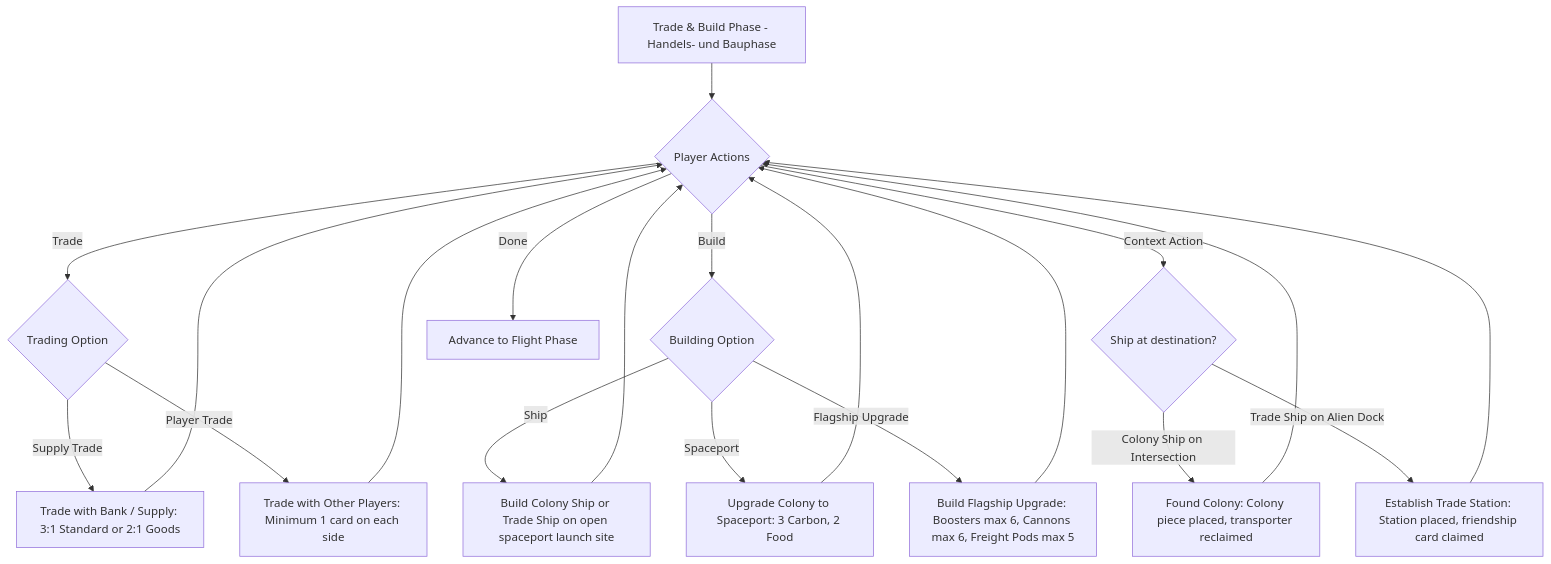
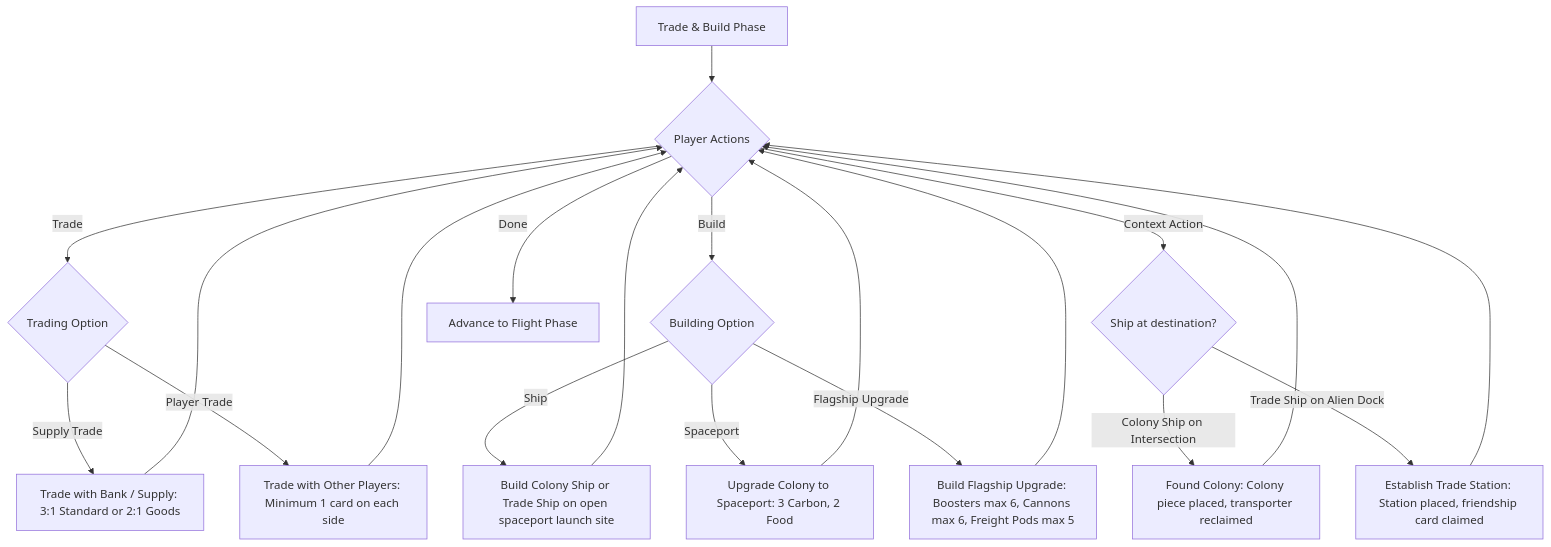
The fourth of 7 diagrams in README.md (Zork80/DeepSpacePioneers), drawn with Mermaid before and after one commit. The commit also changed other lines of this file, not shown here.

````diff
--- a/README.md
+++ b/README.md
@@ -317,26 +317,26 @@
 ```mermaid
 flowchart TD
-    TBStart["Trade & Build Phase - Handels- und Bauphase"] --> Actions{"Player Actions"}
+    TBStart["Trade & Build Phase"] --> Actions{"Player Actions"}
     
     Actions -->|Trade| TradeChoice{"Trading Option"}
     TradeChoice -->|Supply Trade| BankTrade["Trade with Bank / Supply: 3:1 Standard or 2:1 Goods"]
     TradeChoice -->|Player Trade| P2PTrade["Trade with Other Players: Minimum 1 card on each side"]
     BankTrade --> Actions
     P2PTrade --> Actions
 
     Actions -->|Build| BuildChoice{"Building Option"}
     BuildChoice -->|Ship| BuildShip["Build Colony Ship or Trade Ship on open spaceport launch site"]
     BuildChoice -->|Spaceport| UpgradePort["Upgrade Colony to Spaceport: 3 Carbon, 2 Food"]
     BuildChoice -->|Flagship Upgrade| UpgradeShip["Build Flagship Upgrade: Boosters max 6, Cannons max 6, Freight Pods max 5"]
     BuildShip --> Actions
     UpgradePort --> Actions
     UpgradeShip --> Actions
 
     Actions -->|Context Action| ContextFound{"Ship at destination?"}
     ContextFound -->|Colony Ship on Intersection| FoundColony["Found Colony: Colony piece placed, transporter reclaimed"]
     ContextFound -->|Trade Ship on Alien Dock| EstablishStation["Establish Trade Station: Station placed, friendship card claimed"]
     FoundColony --> Actions
     EstablishStation --> Actions
 
     Actions -->|Done| TBEnd["Advance to Flight Phase"]
 ```
````
